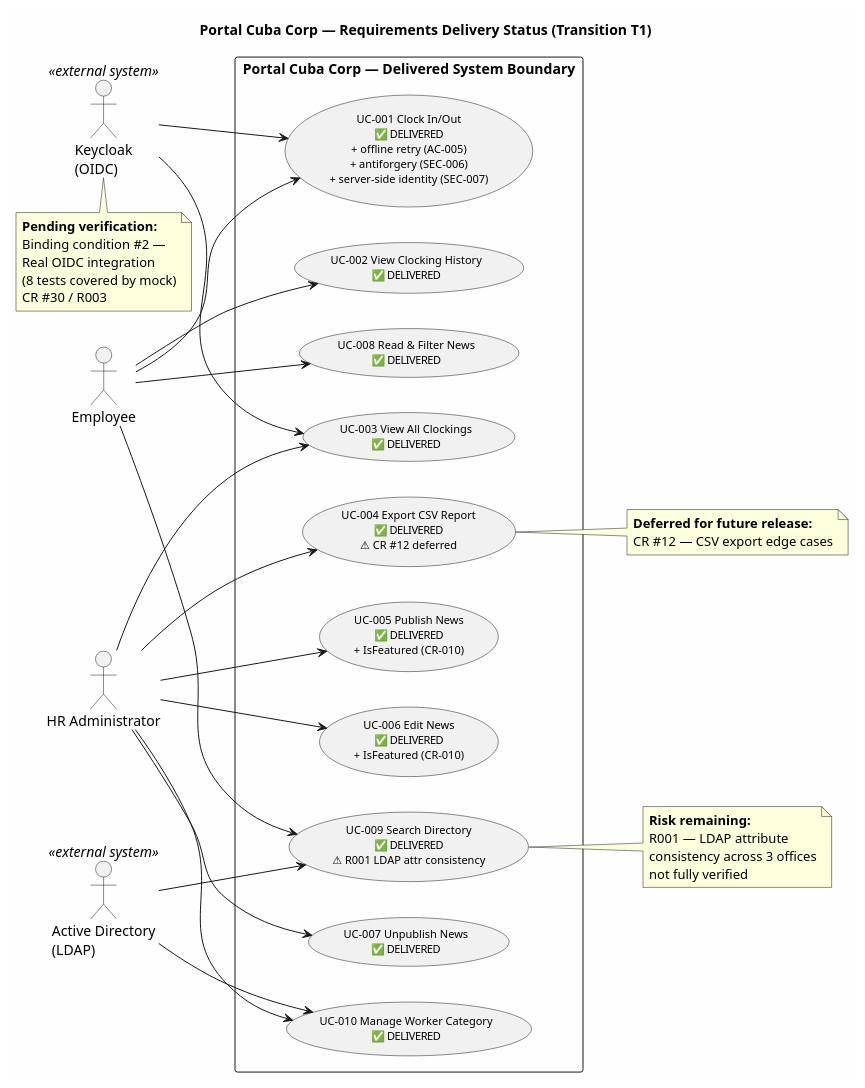
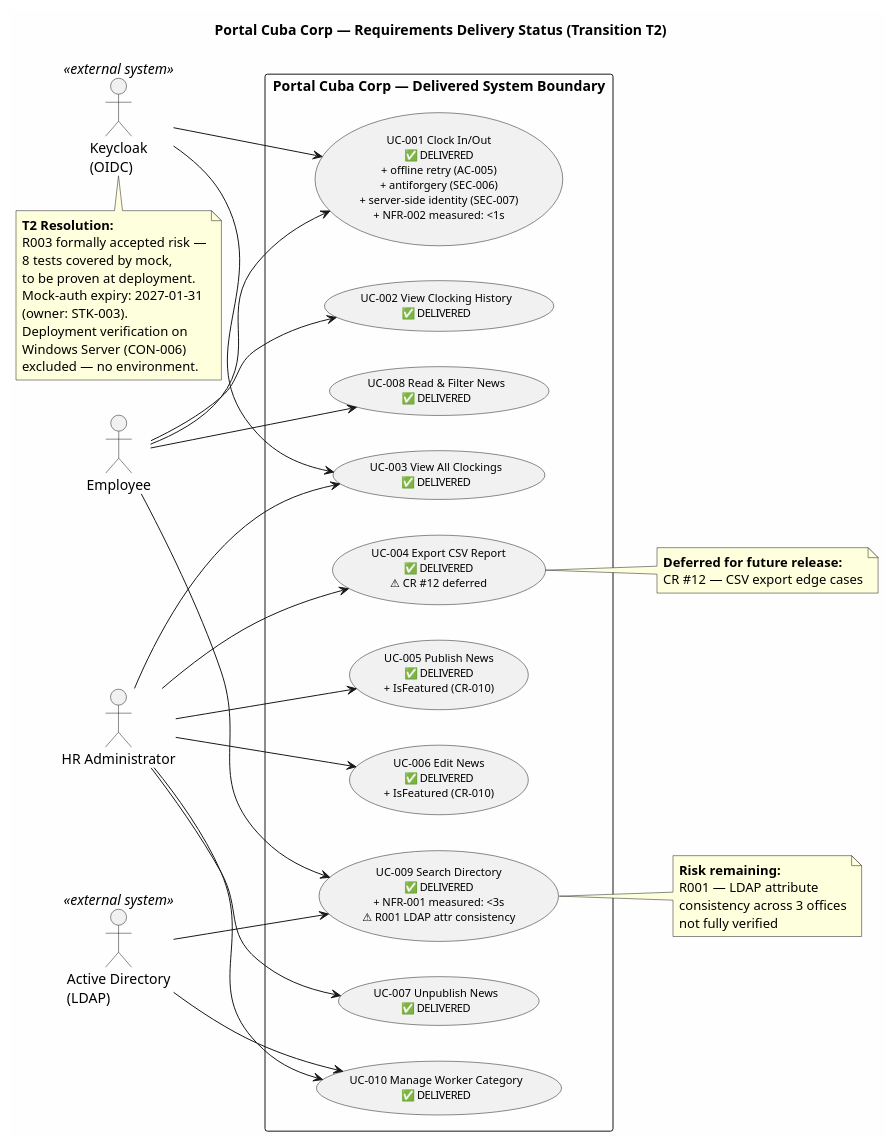
Before and after one commit to banense-test/portal-cuba-corp: the second of 3 diagrams in docs/artifacts/requirements/use-case-model.md, drawn with PlantUML. The commit also changed other lines of this file, not shown here.

````diff
--- a/docs/artifacts/requirements/use-case-model.md
+++ b/docs/artifacts/requirements/use-case-model.md
@@ -112,65 +112,69 @@
 ```plantuml
 @startuml
-title Portal Cuba Corp — Requirements Delivery Status (Transition T1)
+title Portal Cuba Corp — Requirements Delivery Status (Transition T2)
 
 skinparam backgroundColor #FEFEFE
 skinparam shadowing false
 skinparam usecaseFontSize 11
 
 left to right direction
 
 actor "Employee" as EMP
 actor "HR Administrator" as HR
 actor "Active Directory\n(LDAP)" as AD <<external system>>
 actor "Keycloak\n(OIDC)" as KC <<external system>>
 
 rectangle "Portal Cuba Corp — Delivered System Boundary" {
-  usecase "UC-001 Clock In/Out\n✅ DELIVERED\n+ offline retry (AC-005)\n+ antiforgery (SEC-006)\n+ server-side identity (SEC-007)" as UC001
+  usecase "UC-001 Clock In/Out\n✅ DELIVERED\n+ offline retry (AC-005)\n+ antiforgery (SEC-006)\n+ server-side identity (SEC-007)\n+ NFR-002 measured: <1s" as UC001
   usecase "UC-002 View Clocking History\n✅ DELIVERED" as UC002
   usecase "UC-003 View All Clockings\n✅ DELIVERED" as UC003
   usecase "UC-004 Export CSV Report\n✅ DELIVERED\n⚠ CR #12 deferred" as UC004
   usecase "UC-005 Publish News\n✅ DELIVERED\n+ IsFeatured (CR-010)" as UC005
   usecase "UC-006 Edit News\n✅ DELIVERED\n+ IsFeatured (CR-010)" as UC006
   usecase "UC-007 Unpublish News\n✅ DELIVERED" as UC007
   usecase "UC-008 Read & Filter News\n✅ DELIVERED" as UC008
-  usecase "UC-009 Search Directory\n✅ DELIVERED\n⚠ R001 LDAP attr consistency" as UC009
+  usecase "UC-009 Search Directory\n✅ DELIVERED\n+ NFR-001 measured: <3s\n⚠ R001 LDAP attr consistency" as UC009
   usecase "UC-010 Manage Worker Category\n✅ DELIVERED" as UC010
 }
 
 EMP --> UC001
 EMP --> UC002
 EMP --> UC008
 EMP --> UC009
 HR --> UC003
 HR --> UC004
 HR --> UC005
 HR --> UC006
 HR --> UC007
 HR --> UC010
 AD --> UC009
 AD --> UC010
 KC --> UC001
 KC --> UC003
 
 note right of UC004
   **Deferred for future release:**
   CR #12 — CSV export edge cases
 end note
 
 note right of UC009
   **Risk remaining:**
   R001 — LDAP attribute
   consistency across 3 offices
   not fully verified
 end note
 
 note bottom of KC
-  **Pending verification:**
-  Binding condition #2 —
-  Real OIDC integration
-  (8 tests covered by mock)
-  CR #30 / R003
+  **T2 Resolution:**
+  R003 formally accepted risk —
+  8 tests covered by mock,
+  to be proven at deployment.
+  Mock-auth expiry: 2027-01-31
+  (owner: STK-003).
+  Deployment verification on
+  Windows Server (CON-006)
+  excluded — no environment.
 end note
 
 @enduml
 ```
````
